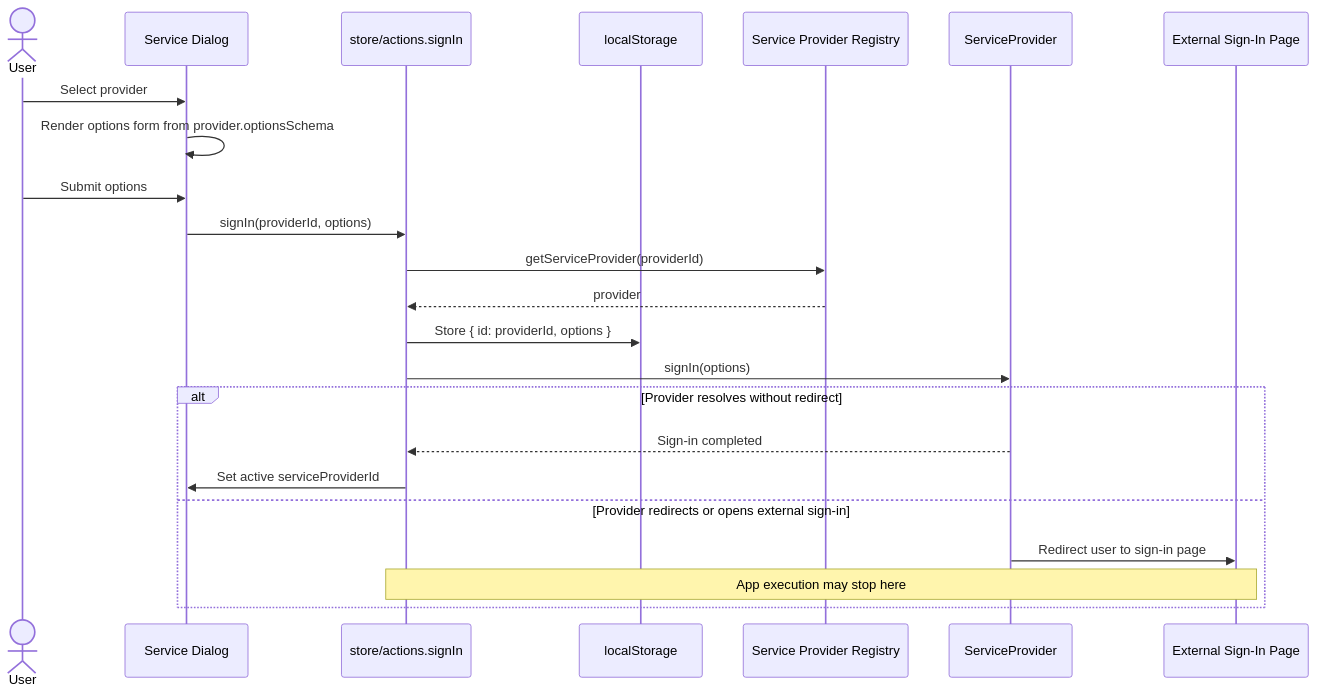
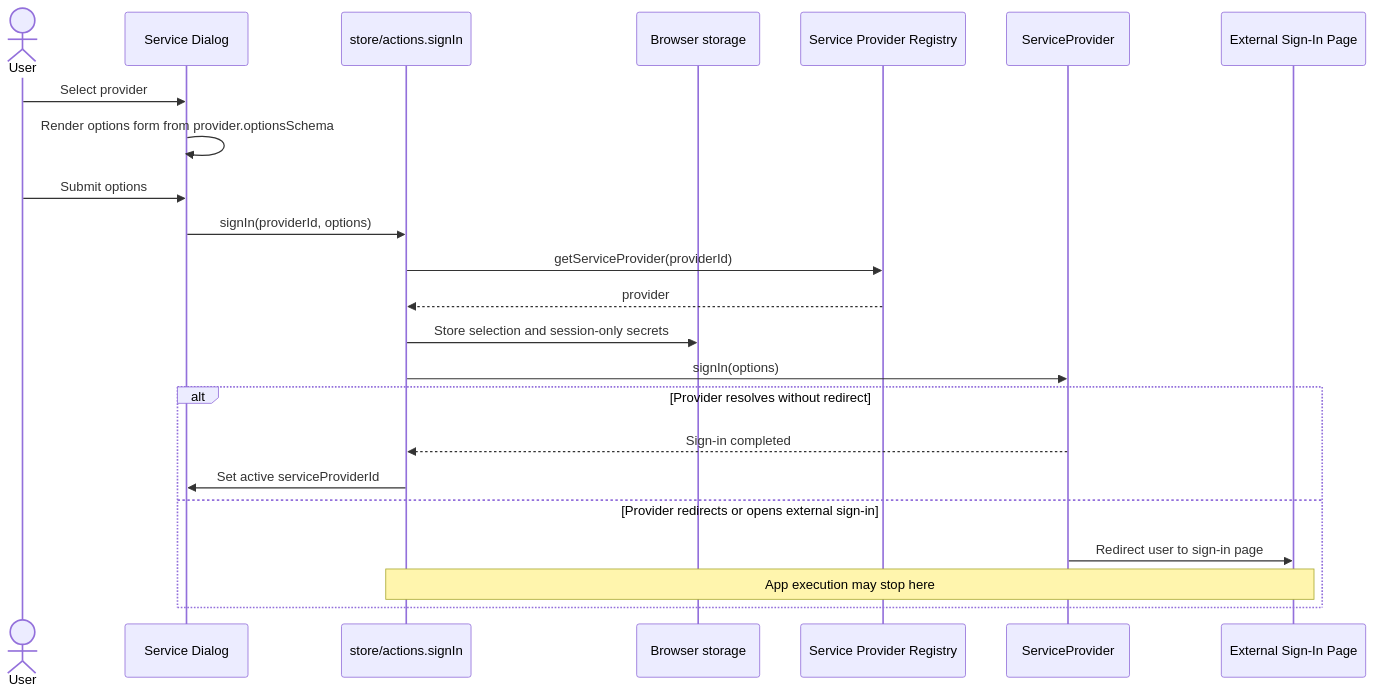
The first of 3 diagrams in docs/service-provider.md (eo-tools/eozilla-app), drawn with Mermaid before and after one commit. The commit also changed other lines of this file and 9 other files, not shown here.

````diff
--- a/docs/service-provider.md
+++ b/docs/service-provider.md
@@ -137,27 +174,27 @@
 ```mermaid
 sequenceDiagram
     actor User
     participant Dialog as Service Dialog
     participant Actions as store/actions.signIn
-    participant Storage as localStorage
+    participant Storage as Browser storage
     participant Registry as Service Provider Registry
     participant Provider as ServiceProvider
     participant Auth as External Sign-In Page
 
     User->>Dialog: Select provider
     Dialog->>Dialog: Render options form from provider.optionsSchema
     User->>Dialog: Submit options
     Dialog->>Actions: signIn(providerId, options)
     Actions->>Registry: getServiceProvider(providerId)
     Registry-->>Actions: provider
-    Actions->>Storage: Store { id: providerId, options }
+    Actions->>Storage: Store selection and session-only secrets
     Actions->>Provider: signIn(options)
 
     alt Provider resolves without redirect
         Provider-->>Actions: Sign-in completed
         Actions->>Dialog: Set active serviceProviderId
     else Provider redirects or opens external sign-in
         Provider->>Auth: Redirect user to sign-in page
         Note over Actions,Auth: App execution may stop here
     end
 ```
````
